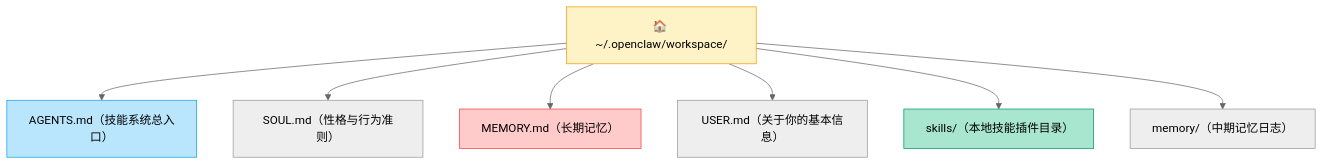
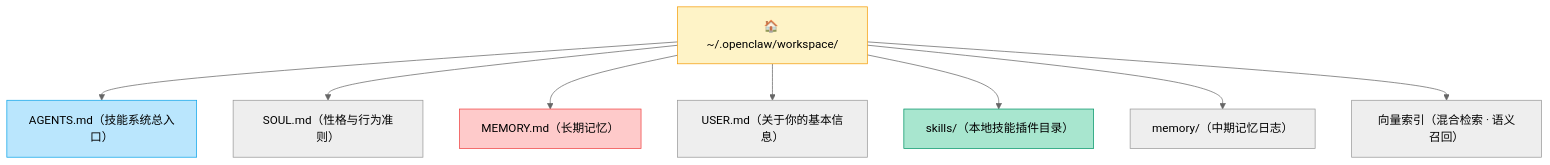
Diagram 14 of 23 in AI/openClaw/OpenClaw从零认知.md (shinegz/Notes), drawn with Mermaid (neutral theme) before and after one commit. The commit also changed other lines of this file and 4 other files, not shown here.

````diff
--- a/AI/openClaw/OpenClaw从零认知.md
+++ b/AI/openClaw/OpenClaw从零认知.md
@@ -759,16 +806,17 @@
 ```mermaid
 flowchart TB
   WS["🏠 ~/.openclaw/workspace/"]
   
   WS --> AGENTS["AGENTS.md（技能系统总入口）"]
   WS --> SOUL["SOUL.md（性格与行为准则）"]
   WS --> MEM["MEMORY.md（长期记忆）"]
   WS --> USER["USER.md（关于你的基本信息）"]
   WS --> SKILLS["skills/（本地技能插件目录）"]
   WS --> MEMDIR["memory/（中期记忆日志）"]
+  WS --> VEC2["向量索引（混合检索 · 语义召回）"]
   
   style WS fill:#fef3c7,stroke:#f59e0b
   style AGENTS fill:#bae6fd,stroke:#0ea5e9
   style MEM fill:#fecaca,stroke:#ef4444
   style SKILLS fill:#a8e6cf,stroke:#059669
 ```
````
